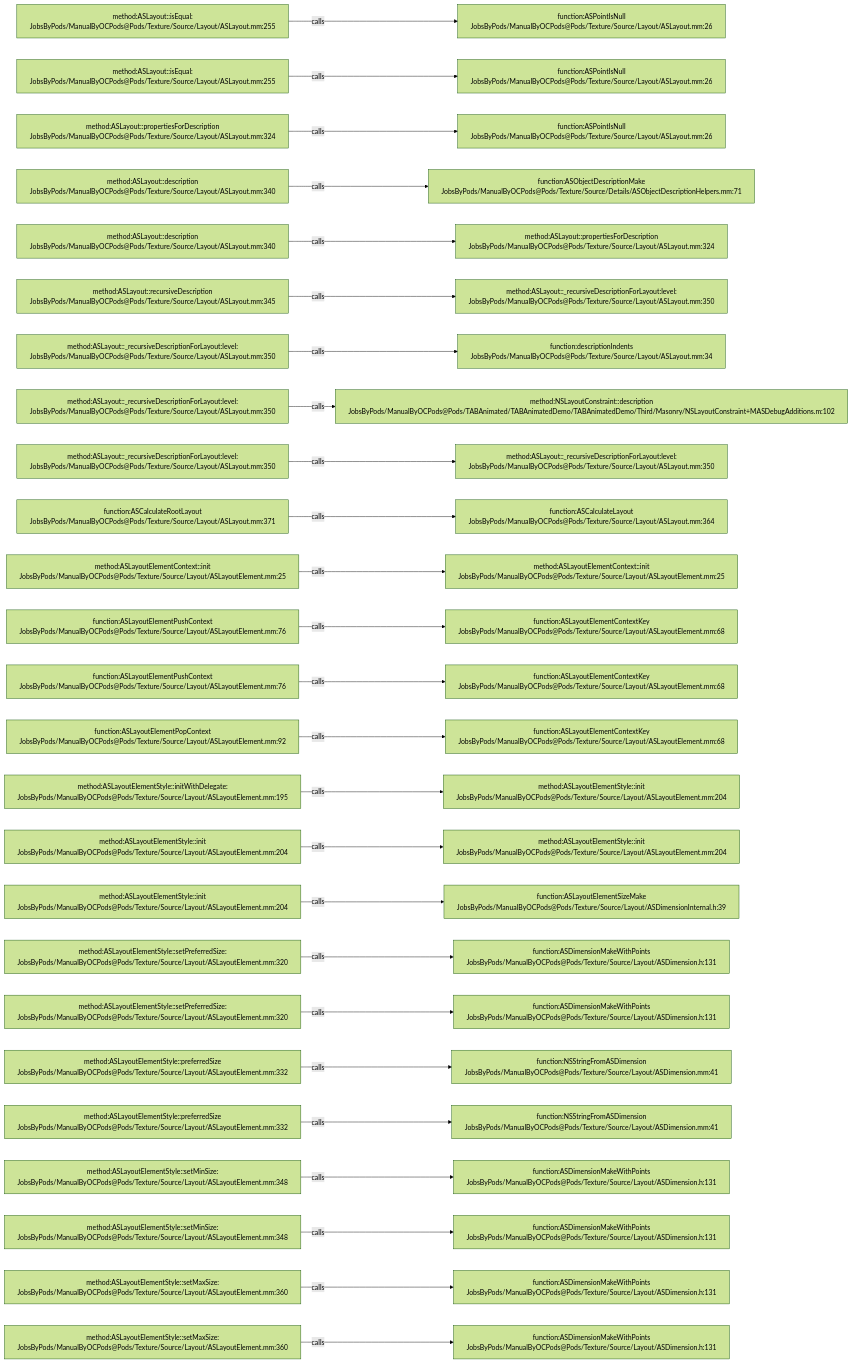
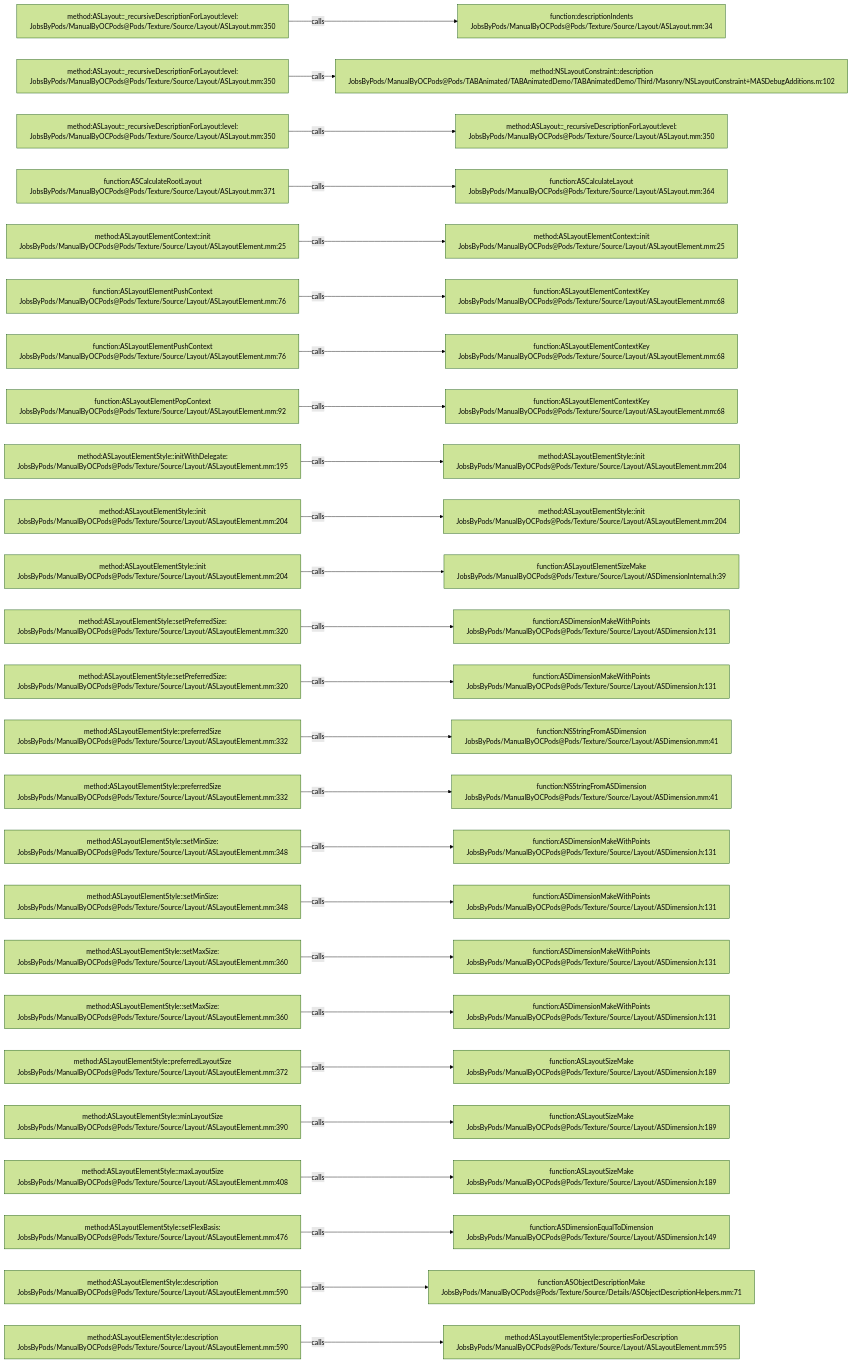
Before and after one commit to JobsKits/JobsOCBaseConfigDemo: the diagram in .codegraph/codegraph.md/graphs/calls-171.md, drawn with Mermaid (forest theme). The commit also changed 666 other files, not shown here.

````diff
--- a/.codegraph/codegraph.md/graphs/calls-171.md
+++ b/.codegraph/codegraph.md/graphs/calls-171.md
@@ -13,78 +13,78 @@
 ```mermaid
 flowchart LR
-  S1["method:ASLayout::isEqual:<br/>JobsByPods/ManualByOCPods@Pods/Texture/Source/Layout/ASLayout.mm:255"]
-  T1["function:ASPointIsNull<br/>JobsByPods/ManualByOCPods@Pods/Texture/Source/Layout/ASLayout.mm:26"]
+  S1["method:ASLayout::_recursiveDescriptionForLayout:level:<br/>JobsByPods/ManualByOCPods@Pods/Texture/Source/Layout/ASLayout.mm:350"]
+  T1["function:descriptionIndents<br/>JobsByPods/ManualByOCPods@Pods/Texture/Source/Layout/ASLayout.mm:34"]
   S1 -->|calls| T1
-  S2["method:ASLayout::isEqual:<br/>JobsByPods/ManualByOCPods@Pods/Texture/Source/Layout/ASLayout.mm:255"]
-  T2["function:ASPointIsNull<br/>JobsByPods/ManualByOCPods@Pods/Texture/Source/Layout/ASLayout.mm:26"]
+  S2["method:ASLayout::_recursiveDescriptionForLayout:level:<br/>JobsByPods/ManualByOCPods@Pods/Texture/Source/Layout/ASLayout.mm:350"]
+  T2["method:NSLayoutConstraint::description<br/>JobsByPods/ManualByOCPods@Pods/TABAnimated/TABAnimatedDemo/TABAnimatedDemo/Third/Masonry/NSLayoutConstraint+MASDebugAdditions.m:102"]
   S2 -->|calls| T2
-  S3["method:ASLayout::propertiesForDescription<br/>JobsByPods/ManualByOCPods@Pods/Texture/Source/Layout/ASLayout.mm:324"]
-  T3["function:ASPointIsNull<br/>JobsByPods/ManualByOCPods@Pods/Texture/Source/Layout/ASLayout.mm:26"]
+  S3["method:ASLayout::_recursiveDescriptionForLayout:level:<br/>JobsByPods/ManualByOCPods@Pods/Texture/Source/Layout/ASLayout.mm:350"]
+  T3["method:ASLayout::_recursiveDescriptionForLayout:level:<br/>JobsByPods/ManualByOCPods@Pods/Texture/Source/Layout/ASLayout.mm:350"]
   S3 -->|calls| T3
-  S4["method:ASLayout::description<br/>JobsByPods/ManualByOCPods@Pods/Texture/Source/Layout/ASLayout.mm:340"]
-  T4["function:ASObjectDescriptionMake<br/>JobsByPods/ManualByOCPods@Pods/Texture/Source/Details/ASObjectDescriptionHelpers.mm:71"]
+  S4["function:ASCalculateRootLayout<br/>JobsByPods/ManualByOCPods@Pods/Texture/Source/Layout/ASLayout.mm:371"]
+  T4["function:ASCalculateLayout<br/>JobsByPods/ManualByOCPods@Pods/Texture/Source/Layout/ASLayout.mm:364"]
   S4 -->|calls| T4
-  S5["method:ASLayout::description<br/>JobsByPods/ManualByOCPods@Pods/Texture/Source/Layout/ASLayout.mm:340"]
-  T5["method:ASLayout::propertiesForDescription<br/>JobsByPods/ManualByOCPods@Pods/Texture/Source/Layout/ASLayout.mm:324"]
+  S5["method:ASLayoutElementContext::init<br/>JobsByPods/ManualByOCPods@Pods/Texture/Source/Layout/ASLayoutElement.mm:25"]
+  T5["method:ASLayoutElementContext::init<br/>JobsByPods/ManualByOCPods@Pods/Texture/Source/Layout/ASLayoutElement.mm:25"]
   S5 -->|calls| T5
-  S6["method:ASLayout::recursiveDescription<br/>JobsByPods/ManualByOCPods@Pods/Texture/Source/Layout/ASLayout.mm:345"]
-  T6["method:ASLayout::_recursiveDescriptionForLayout:level:<br/>JobsByPods/ManualByOCPods@Pods/Texture/Source/Layout/ASLayout.mm:350"]
+  S6["function:ASLayoutElementPushContext<br/>JobsByPods/ManualByOCPods@Pods/Texture/Source/Layout/ASLayoutElement.mm:76"]
+  T6["function:ASLayoutElementContextKey<br/>JobsByPods/ManualByOCPods@Pods/Texture/Source/Layout/ASLayoutElement.mm:68"]
   S6 -->|calls| T6
-  S7["method:ASLayout::_recursiveDescriptionForLayout:level:<br/>JobsByPods/ManualByOCPods@Pods/Texture/Source/Layout/ASLayout.mm:350"]
-  T7["function:descriptionIndents<br/>JobsByPods/ManualByOCPods@Pods/Texture/Source/Layout/ASLayout.mm:34"]
+  S7["function:ASLayoutElementPushContext<br/>JobsByPods/ManualByOCPods@Pods/Texture/Source/Layout/ASLayoutElement.mm:76"]
+  T7["function:ASLayoutElementContextKey<br/>JobsByPods/ManualByOCPods@Pods/Texture/Source/Layout/ASLayoutElement.mm:68"]
   S7 -->|calls| T7
-  S8["method:ASLayout::_recursiveDescriptionForLayout:level:<br/>JobsByPods/ManualByOCPods@Pods/Texture/Source/Layout/ASLayout.mm:350"]
-  T8["method:NSLayoutConstraint::description<br/>JobsByPods/ManualByOCPods@Pods/TABAnimated/TABAnimatedDemo/TABAnimatedDemo/Third/Masonry/NSLayoutConstraint+MASDebugAdditions.m:102"]
+  S8["function:ASLayoutElementPopContext<br/>JobsByPods/ManualByOCPods@Pods/Texture/Source/Layout/ASLayoutElement.mm:92"]
+  T8["function:ASLayoutElementContextKey<br/>JobsByPods/ManualByOCPods@Pods/Texture/Source/Layout/ASLayoutElement.mm:68"]
   S8 -->|calls| T8
-  S9["method:ASLayout::_recursiveDescriptionForLayout:level:<br/>JobsByPods/ManualByOCPods@Pods/Texture/Source/Layout/ASLayout.mm:350"]
-  T9["method:ASLayout::_recursiveDescriptionForLayout:level:<br/>JobsByPods/ManualByOCPods@Pods/Texture/Source/Layout/ASLayout.mm:350"]
+  S9["method:ASLayoutElementStyle::initWithDelegate:<br/>JobsByPods/ManualByOCPods@Pods/Texture/Source/Layout/ASLayoutElement.mm:195"]
+  T9["method:ASLayoutElementStyle::init<br/>JobsByPods/ManualByOCPods@Pods/Texture/Source/Layout/ASLayoutElement.mm:204"]
   S9 -->|calls| T9
-  S10["function:ASCalculateRootLayout<br/>JobsByPods/ManualByOCPods@Pods/Texture/Source/Layout/ASLayout.mm:371"]
-  T10["function:ASCalculateLayout<br/>JobsByPods/ManualByOCPods@Pods/Texture/Source/Layout/ASLayout.mm:364"]
+  S10["method:ASLayoutElementStyle::init<br/>JobsByPods/ManualByOCPods@Pods/Texture/Source/Layout/ASLayoutElement.mm:204"]
+  T10["method:ASLayoutElementStyle::init<br/>JobsByPods/ManualByOCPods@Pods/Texture/Source/Layout/ASLayoutElement.mm:204"]
   S10 -->|calls| T10
-  S11["method:ASLayoutElementContext::init<br/>JobsByPods/ManualByOCPods@Pods/Texture/Source/Layout/ASLayoutElement.mm:25"]
-  T11["method:ASLayoutElementContext::init<br/>JobsByPods/ManualByOCPods@Pods/Texture/Source/Layout/ASLayoutElement.mm:25"]
+  S11["method:ASLayoutElementStyle::init<br/>JobsByPods/ManualByOCPods@Pods/Texture/Source/Layout/ASLayoutElement.mm:204"]
+  T11["function:ASLayoutElementSizeMake<br/>JobsByPods/ManualByOCPods@Pods/Texture/Source/Layout/ASDimensionInternal.h:39"]
   S11 -->|calls| T11
-  S12["function:ASLayoutElementPushContext<br/>JobsByPods/ManualByOCPods@Pods/Texture/Source/Layout/ASLayoutElement.mm:76"]
-  T12["function:ASLayoutElementContextKey<br/>JobsByPods/ManualByOCPods@Pods/Texture/Source/Layout/ASLayoutElement.mm:68"]
+  S12["method:ASLayoutElementStyle::setPreferredSize:<br/>JobsByPods/ManualByOCPods@Pods/Texture/Source/Layout/ASLayoutElement.mm:320"]
+  T12["function:ASDimensionMakeWithPoints<br/>JobsByPods/ManualByOCPods@Pods/Texture/Source/Layout/ASDimension.h:131"]
   S12 -->|calls| T12
-  S13["function:ASLayoutElementPushContext<br/>JobsByPods/ManualByOCPods@Pods/Texture/Source/Layout/ASLayoutElement.mm:76"]
-  T13["function:ASLayoutElementContextKey<br/>JobsByPods/ManualByOCPods@Pods/Texture/Source/Layout/ASLayoutElement.mm:68"]
+  S13["method:ASLayoutElementStyle::setPreferredSize:<br/>JobsByPods/ManualByOCPods@Pods/Texture/Source/Layout/ASLayoutElement.mm:320"]
+  T13["function:ASDimensionMakeWithPoints<br/>JobsByPods/ManualByOCPods@Pods/Texture/Source/Layout/ASDimension.h:131"]
   S13 -->|calls| T13
-  S14["function:ASLayoutElementPopContext<br/>JobsByPods/ManualByOCPods@Pods/Texture/Source/Layout/ASLayoutElement.mm:92"]
-  T14["function:ASLayoutElementContextKey<br/>JobsByPods/ManualByOCPods@Pods/Texture/Source/Layout/ASLayoutElement.mm:68"]
+  S14["method:ASLayoutElementStyle::preferredSize<br/>JobsByPods/ManualByOCPods@Pods/Texture/Source/Layout/ASLayoutElement.mm:332"]
+  T14["function:NSStringFromASDimension<br/>JobsByPods/ManualByOCPods@Pods/Texture/Source/Layout/ASDimension.mm:41"]
   S14 -->|calls| T14
-  S15["method:ASLayoutElementStyle::initWithDelegate:<br/>JobsByPods/ManualByOCPods@Pods/Texture/Source/Layout/ASLayoutElement.mm:195"]
-  T15["method:ASLayoutElementStyle::init<br/>JobsByPods/ManualByOCPods@Pods/Texture/Source/Layout/ASLayoutElement.mm:204"]
+  S15["method:ASLayoutElementStyle::preferredSize<br/>JobsByPods/ManualByOCPods@Pods/Texture/Source/Layout/ASLayoutElement.mm:332"]
+  T15["function:NSStringFromASDimension<br/>JobsByPods/ManualByOCPods@Pods/Texture/Source/Layout/ASDimension.mm:41"]
   S15 -->|calls| T15
-  S16["method:ASLayoutElementStyle::init<br/>JobsByPods/ManualByOCPods@Pods/Texture/Source/Layout/ASLayoutElement.mm:204"]
-  T16["method:ASLayoutElementStyle::init<br/>JobsByPods/ManualByOCPods@Pods/Texture/Source/Layout/ASLayoutElement.mm:204"]
+  S16["method:ASLayoutElementStyle::setMinSize:<br/>JobsByPods/ManualByOCPods@Pods/Texture/Source/Layout/ASLayoutElement.mm:348"]
+  T16["function:ASDimensionMakeWithPoints<br/>JobsByPods/ManualByOCPods@Pods/Texture/Source/Layout/ASDimension.h:131"]
   S16 -->|calls| T16
-  S17["method:ASLayoutElementStyle::init<br/>JobsByPods/ManualByOCPods@Pods/Texture/Source/Layout/ASLayoutElement.mm:204"]
-  T17["function:ASLayoutElementSizeMake<br/>JobsByPods/ManualByOCPods@Pods/Texture/Source/Layout/ASDimensionInternal.h:39"]
+  S17["method:ASLayoutElementStyle::setMinSize:<br/>JobsByPods/ManualByOCPods@Pods/Texture/Source/Layout/ASLayoutElement.mm:348"]
+  T17["function:ASDimensionMakeWithPoints<br/>JobsByPods/ManualByOCPods@Pods/Texture/Source/Layout/ASDimension.h:131"]
   S17 -->|calls| T17
-  S18["method:ASLayoutElementStyle::setPreferredSize:<br/>JobsByPods/ManualByOCPods@Pods/Texture/Source/Layout/ASLayoutElement.mm:320"]
+  S18["method:ASLayoutElementStyle::setMaxSize:<br/>JobsByPods/ManualByOCPods@Pods/Texture/Source/Layout/ASLayoutElement.mm:360"]
   T18["function:ASDimensionMakeWithPoints<br/>JobsByPods/ManualByOCPods@Pods/Texture/Source/Layout/ASDimension.h:131"]
   S18 -->|calls| T18
-  S19["method:ASLayoutElementStyle::setPreferredSize:<br/>JobsByPods/ManualByOCPods@Pods/Texture/Source/Layout/ASLayoutElement.mm:320"]
+  S19["method:ASLayoutElementStyle::setMaxSize:<br/>JobsByPods/ManualByOCPods@Pods/Texture/Source/Layout/ASLayoutElement.mm:360"]
   T19["function:ASDimensionMakeWithPoints<br/>JobsByPods/ManualByOCPods@Pods/Texture/Source/Layout/ASDimension.h:131"]
   S19 -->|calls| T19
-  S20["method:ASLayoutElementStyle::preferredSize<br/>JobsByPods/ManualByOCPods@Pods/Texture/Source/Layout/ASLayoutElement.mm:332"]
-  T20["function:NSStringFromASDimension<br/>JobsByPods/ManualByOCPods@Pods/Texture/Source/Layout/ASDimension.mm:41"]
+  S20["method:ASLayoutElementStyle::preferredLayoutSize<br/>JobsByPods/ManualByOCPods@Pods/Texture/Source/Layout/ASLayoutElement.mm:372"]
+  T20["function:ASLayoutSizeMake<br/>JobsByPods/ManualByOCPods@Pods/Texture/Source/Layout/ASDimension.h:189"]
   S20 -->|calls| T20
-  S21["method:ASLayoutElementStyle::preferredSize<br/>JobsByPods/ManualByOCPods@Pods/Texture/Source/Layout/ASLayoutElement.mm:332"]
-  T21["function:NSStringFromASDimension<br/>JobsByPods/ManualByOCPods@Pods/Texture/Source/Layout/ASDimension.mm:41"]
+  S21["method:ASLayoutElementStyle::minLayoutSize<br/>JobsByPods/ManualByOCPods@Pods/Texture/Source/Layout/ASLayoutElement.mm:390"]
+  T21["function:ASLayoutSizeMake<br/>JobsByPods/ManualByOCPods@Pods/Texture/Source/Layout/ASDimension.h:189"]
   S21 -->|calls| T21
-  S22["method:ASLayoutElementStyle::setMinSize:<br/>JobsByPods/ManualByOCPods@Pods/Texture/Source/Layout/ASLayoutElement.mm:348"]
-  T22["function:ASDimensionMakeWithPoints<br/>JobsByPods/ManualByOCPods@Pods/Texture/Source/Layout/ASDimension.h:131"]
+  S22["method:ASLayoutElementStyle::maxLayoutSize<br/>JobsByPods/ManualByOCPods@Pods/Texture/Source/Layout/ASLayoutElement.mm:408"]
+  T22["function:ASLayoutSizeMake<br/>JobsByPods/ManualByOCPods@Pods/Texture/Source/Layout/ASDimension.h:189"]
   S22 -->|calls| T22
-  S23["method:ASLayoutElementStyle::setMinSize:<br/>JobsByPods/ManualByOCPods@Pods/Texture/Source/Layout/ASLayoutElement.mm:348"]
-  T23["function:ASDimensionMakeWithPoints<br/>JobsByPods/ManualByOCPods@Pods/Texture/Source/Layout/ASDimension.h:131"]
+  S23["method:ASLayoutElementStyle::setFlexBasis:<br/>JobsByPods/ManualByOCPods@Pods/Texture/Source/Layout/ASLayoutElement.mm:476"]
+  T23["function:ASDimensionEqualToDimension<br/>JobsByPods/ManualByOCPods@Pods/Texture/Source/Layout/ASDimension.h:149"]
   S23 -->|calls| T23
-  S24["method:ASLayoutElementStyle::setMaxSize:<br/>JobsByPods/ManualByOCPods@Pods/Texture/Source/Layout/ASLayoutElement.mm:360"]
-  T24["function:ASDimensionMakeWithPoints<br/>JobsByPods/ManualByOCPods@Pods/Texture/Source/Layout/ASDimension.h:131"]
+  S24["method:ASLayoutElementStyle::description<br/>JobsByPods/ManualByOCPods@Pods/Texture/Source/Layout/ASLayoutElement.mm:590"]
+  T24["function:ASObjectDescriptionMake<br/>JobsByPods/ManualByOCPods@Pods/Texture/Source/Details/ASObjectDescriptionHelpers.mm:71"]
   S24 -->|calls| T24
-  S25["method:ASLayoutElementStyle::setMaxSize:<br/>JobsByPods/ManualByOCPods@Pods/Texture/Source/Layout/ASLayoutElement.mm:360"]
-  T25["function:ASDimensionMakeWithPoints<br/>JobsByPods/ManualByOCPods@Pods/Texture/Source/Layout/ASDimension.h:131"]
+  S25["method:ASLayoutElementStyle::description<br/>JobsByPods/ManualByOCPods@Pods/Texture/Source/Layout/ASLayoutElement.mm:590"]
+  T25["method:ASLayoutElementStyle::propertiesForDescription<br/>JobsByPods/ManualByOCPods@Pods/Texture/Source/Layout/ASLayoutElement.mm:595"]
   S25 -->|calls| T25
 ```
````
